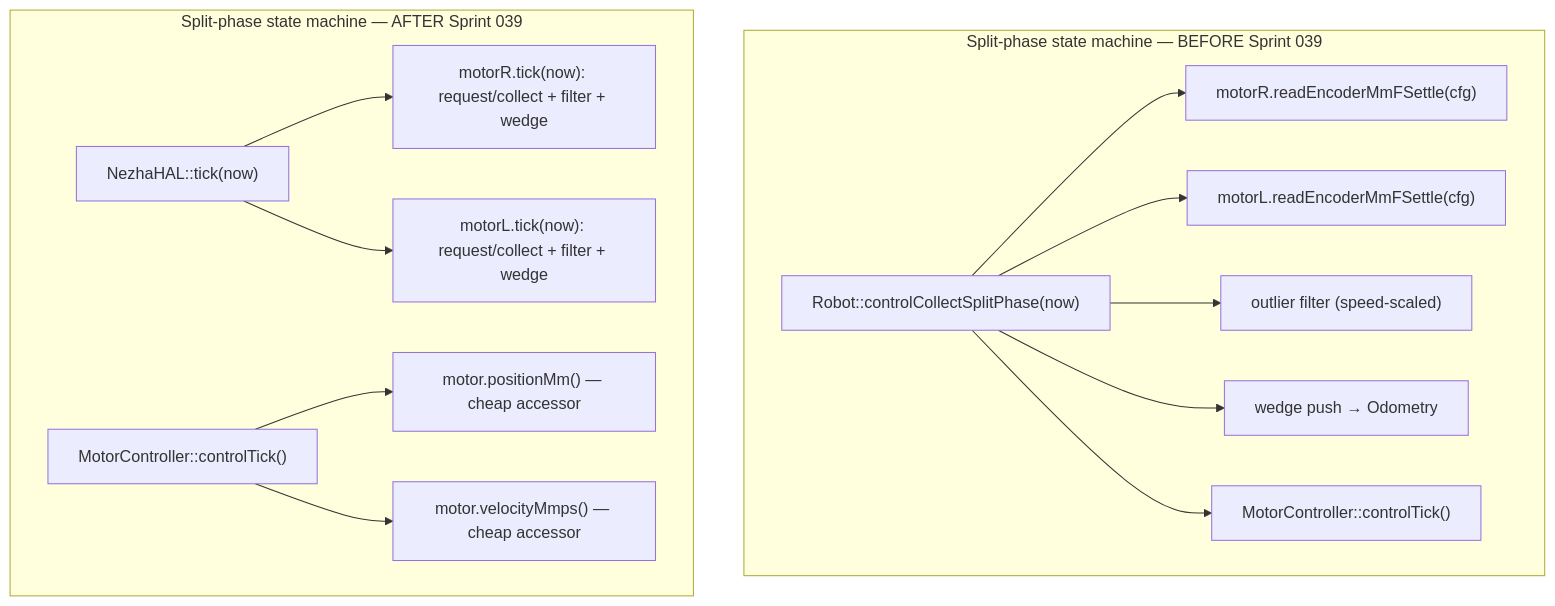
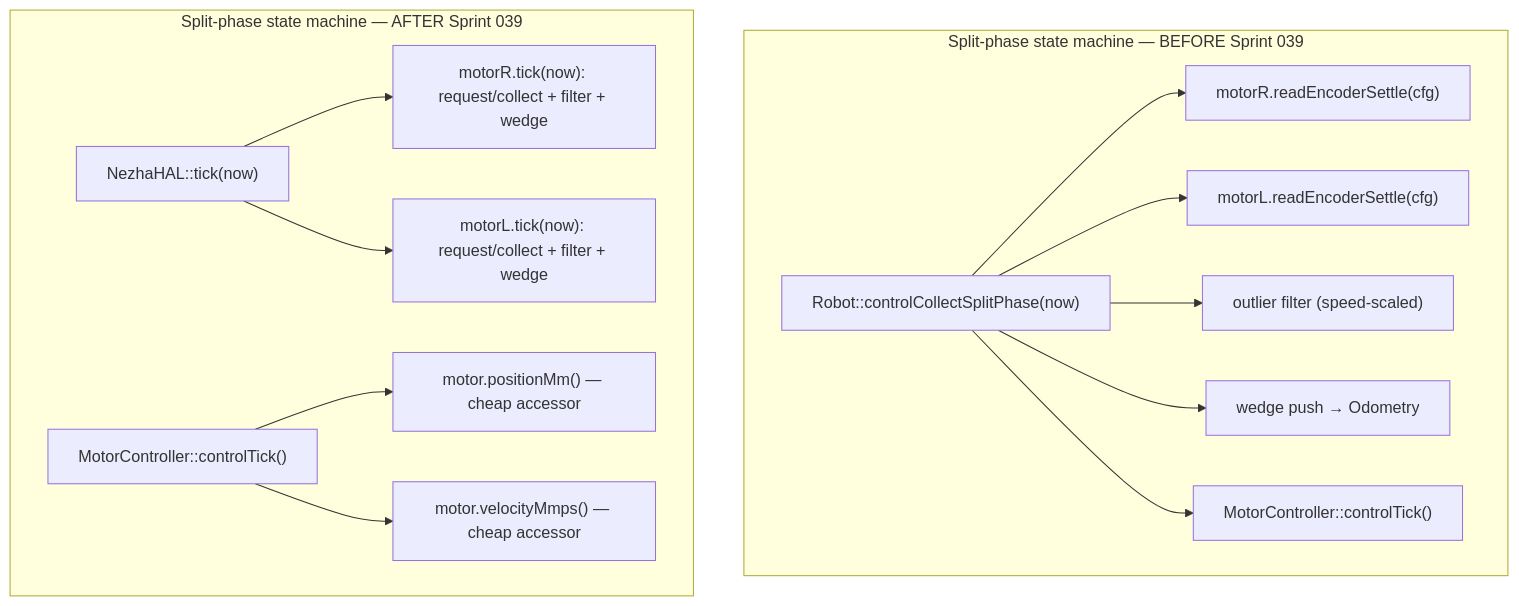
One commit to League-Robotics/radio-robot changed the second of 2 diagrams in docs/architecture/architecture-update-039.md. Above: the diagram before and after it, drawn with Mermaid. The commit also changed other lines of this file and 20 other files, not shown here.

First line of the commit message:
Refactor encoder read methods in HAL and Motor classes

````diff
--- a/docs/architecture/architecture-update-039.md
+++ b/docs/architecture/architecture-update-039.md
@@ -362,20 +362,20 @@
 ```mermaid
 graph TD
     subgraph "Split-phase state machine — BEFORE Sprint 039"
         R_CSSP["Robot::controlCollectSplitPhase(now)"]
-        R_CSSP --> RR["motorR.readEncoderMmFSettle(cfg)"]
-        R_CSSP --> RL["motorL.readEncoderMmFSettle(cfg)"]
+        R_CSSP --> RR["motorR.readEncoderSettle(cfg)"]
+        R_CSSP --> RL["motorL.readEncoderSettle(cfg)"]
         R_CSSP --> FILTER["outlier filter (speed-scaled)"]
         R_CSSP --> WEDGE["wedge push → Odometry"]
         R_CSSP --> MC_TICK["MotorController::controlTick()"]
     end
 
     subgraph "Split-phase state machine — AFTER Sprint 039"
         HAL_TICK["NezhaHAL::tick(now)"]
         HAL_TICK --> MR_TICK["motorR.tick(now): request/collect + filter + wedge"]
         HAL_TICK --> ML_TICK["motorL.tick(now): request/collect + filter + wedge"]
         LOOP_MC["MotorController::controlTick()"]
         LOOP_MC --> POS["motor.positionMm() — cheap accessor"]
         LOOP_MC --> VEL["motor.velocityMmps() — cheap accessor"]
     end
 ```
````
